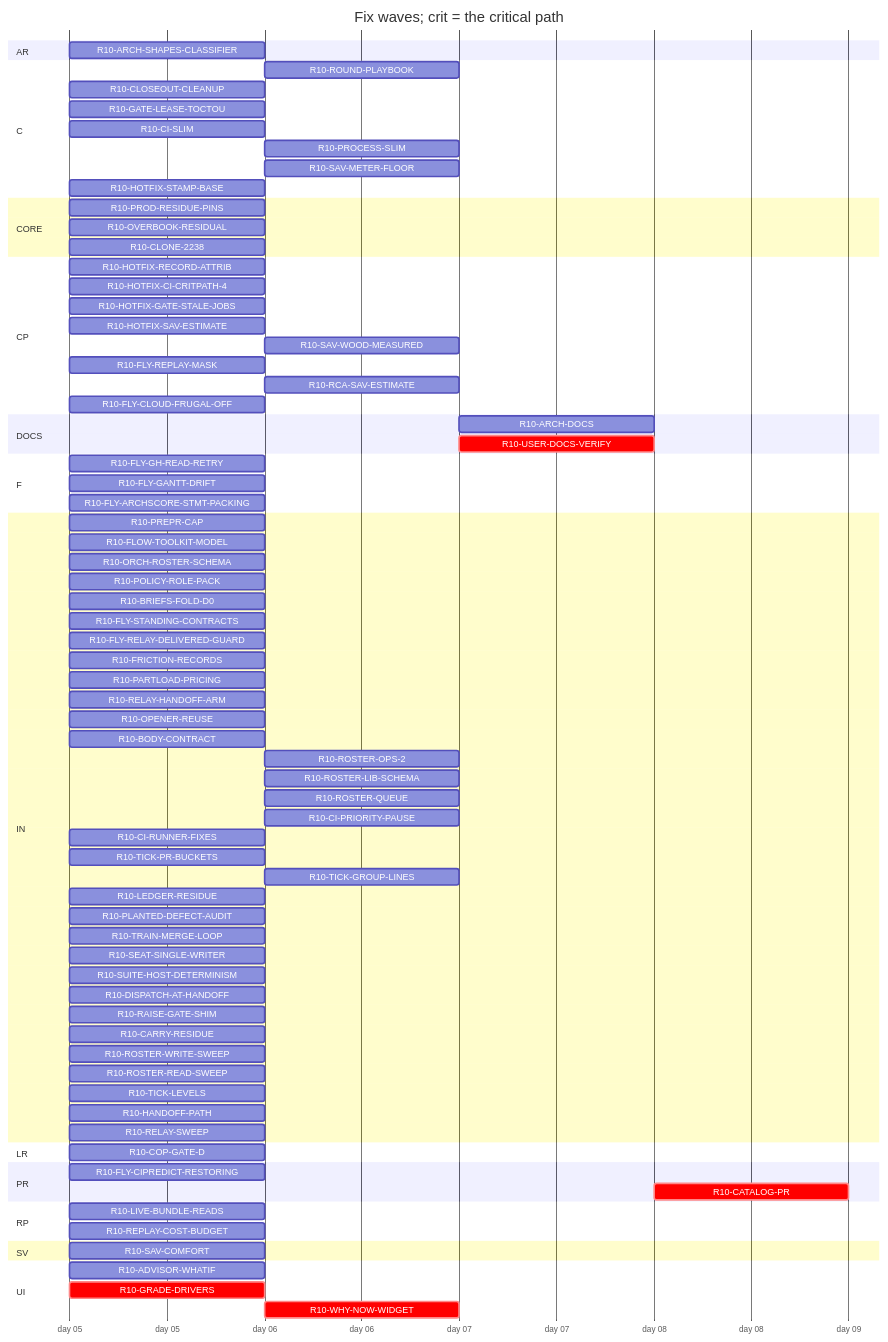
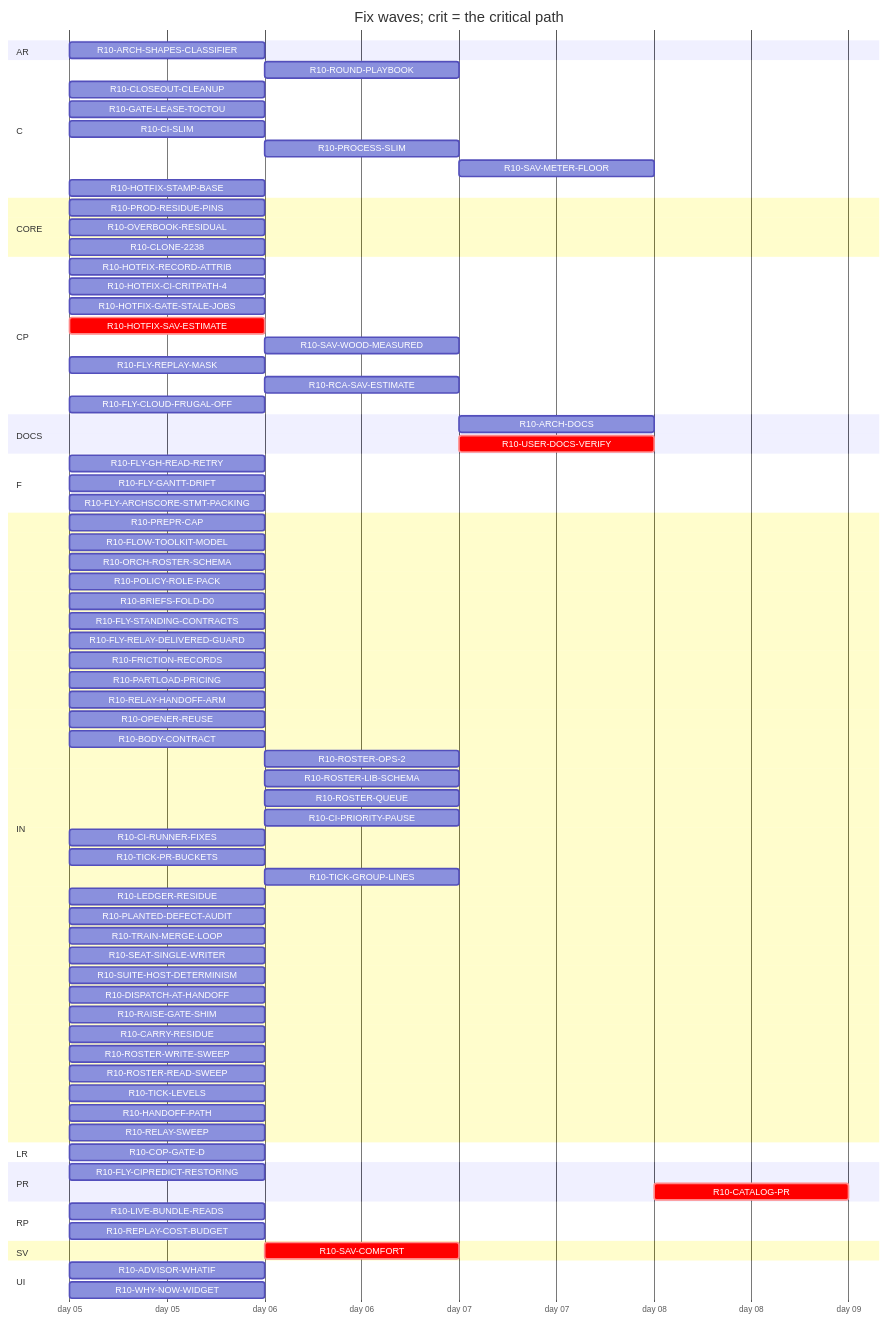
One commit to tvofi/heatpump_optimizer changed the diagram in handoff/round10/state/PLAN-TABLE.md. Above: the diagram before and after it, drawn with Mermaid. The commit also changed other lines of this file and 4 other files, not shown here.

Commit message:
state: FLOW-BOARD.md, NEXT-SESSION-PROMPT.md, PLAN-TABLE.md, PLAN.html, RESUME-CURRENT.md regenerated (state_docs.py)

````diff
--- a/handoff/round10/state/PLAN-TABLE.md
+++ b/handoff/round10/state/PLAN-TABLE.md
@@ -35,7 +35,7 @@
     R10-GATE-LEASE-TOCTOU :r10GATELEASETOCTOU, 2026-01-05, 1d
     R10-CI-SLIM :r10CISLIM, 2026-01-05, 1d
     R10-PROCESS-SLIM :r10PROCESSSLIM, after r10CISLIM, 1d
-    R10-SAV-METER-FLOOR :r10SAVMETERFLOOR, after r10HOTFIXSAVESTIMATE r10SAVCOMFORT r10GRADEDRIVERS, 1d
+    R10-SAV-METER-FLOOR :r10SAVMETERFLOOR, after r10HOTFIXSAVESTIMATE r10SAVCOMFORT, 1d
     R10-HOTFIX-STAMP-BASE :r10HOTFIXSTAMPBASE, 2026-01-05, 1d
   section CORE
     R10-PROD-RESIDUE-PINS :r10PRODRESIDUEPINS, 2026-01-05, 1d
@@ -45,14 +45,14 @@
     R10-HOTFIX-RECORD-ATTRIB :r10HOTFIXRECORDATTRIB, 2026-01-05, 1d
     R10-HOTFIX-CI-CRITPATH-4 :r10HOTFIXCICRITPATH4, 2026-01-05, 1d
     R10-HOTFIX-GATE-STALE-JOBS :r10HOTFIXGATESTALEJOBS, 2026-01-05, 1d
-    R10-HOTFIX-SAV-ESTIMATE :r10HOTFIXSAVESTIMATE, 2026-01-05, 1d
+    R10-HOTFIX-SAV-ESTIMATE :crit, r10HOTFIXSAVESTIMATE, 2026-01-05, 1d
     R10-SAV-WOOD-MEASURED :r10SAVWOODMEASURED, after r10HOTFIXSAVESTIMATE, 1d
     R10-FLY-REPLAY-MASK :r10FLYREPLAYMASK, 2026-01-05, 1d
     R10-RCA-SAV-ESTIMATE :r10RCASAVESTIMATE, after r10HOTFIXSAVESTIMATE, 1d
     R10-FLY-CLOUD-FRUGAL-OFF :r10FLYCLOUDFRUGALOFF, 2026-01-05, 1d
   section DOCS
-    R10-ARCH-DOCS :r10ARCHDOCS, after r10CARRYRESIDUE r10OVERBOOKRESIDUAL r10CLONE2238 r10SAVCOMFORT r10COPGATED r10GRADEDRIVERS r10WHYNOWWIDGET r10PARTLOADPRICING r10ARCHSHAPESCLASSIFIER r10ADVISORWHATIF r10PRODRESIDUEPINS r10LIVEBUNDLEREADS r10REPLAYCOSTBUDGET r10PREPRCAP r10HANDOFFPATH r10RELAYSWEEP r10TRAINMERGELOOP r10DISPATCHATHANDOFF r10BODYCONTRACT r10TICKLEVELS r10CIPRIORITYPAUSE r10ROSTERWRITESWEEP r10ROSTERREADSWEEP r10FLYSTANDINGCONTRACTS r10POLICYROLEPACK r10FRICTIONRECORDS r10FLOWTOOLKITMODEL r10LEDGERRESIDUE r10CIRUNNERFIXES r10FLYCIPREDICTRESTORING r10RAISEGATESHIM r10PLANTEDDEFECTAUDIT r10FLYGHREADRETRY r10SUITEHOSTDETERMINISM, 1d
-    R10-USER-DOCS-VERIFY :crit, r10USERDOCSVERIFY, after r10CARRYRESIDUE r10OVERBOOKRESIDUAL r10CLONE2238 r10SAVCOMFORT r10COPGATED r10GRADEDRIVERS r10WHYNOWWIDGET r10PARTLOADPRICING r10ARCHSHAPESCLASSIFIER r10ADVISORWHATIF r10PRODRESIDUEPINS r10LIVEBUNDLEREADS r10REPLAYCOSTBUDGET, 1d
+    R10-ARCH-DOCS :r10ARCHDOCS, after r10CARRYRESIDUE r10OVERBOOKRESIDUAL r10CLONE2238 r10SAVCOMFORT r10COPGATED r10WHYNOWWIDGET r10PARTLOADPRICING r10ARCHSHAPESCLASSIFIER r10ADVISORWHATIF r10PRODRESIDUEPINS r10LIVEBUNDLEREADS r10REPLAYCOSTBUDGET r10PREPRCAP r10HANDOFFPATH r10RELAYSWEEP r10TRAINMERGELOOP r10DISPATCHATHANDOFF r10BODYCONTRACT r10TICKLEVELS r10CIPRIORITYPAUSE r10ROSTERWRITESWEEP r10ROSTERREADSWEEP r10FLYSTANDINGCONTRACTS r10POLICYROLEPACK r10FRICTIONRECORDS r10FLOWTOOLKITMODEL r10LEDGERRESIDUE r10CIRUNNERFIXES r10FLYCIPREDICTRESTORING r10RAISEGATESHIM r10PLANTEDDEFECTAUDIT r10FLYGHREADRETRY r10SUITEHOSTDETERMINISM, 1d
+    R10-USER-DOCS-VERIFY :crit, r10USERDOCSVERIFY, after r10CARRYRESIDUE r10OVERBOOKRESIDUAL r10CLONE2238 r10SAVCOMFORT r10COPGATED r10WHYNOWWIDGET r10PARTLOADPRICING r10ARCHSHAPESCLASSIFIER r10ADVISORWHATIF r10PRODRESIDUEPINS r10LIVEBUNDLEREADS r10REPLAYCOSTBUDGET, 1d
   section F
     R10-FLY-GH-READ-RETRY :r10FLYGHREADRETRY, 2026-01-05, 1d
     R10-FLY-GANTT-DRIFT :r10FLYGANTTDRIFT, 2026-01-05, 1d
@@ -99,9 +99,8 @@
     R10-LIVE-BUNDLE-READS :r10LIVEBUNDLEREADS, 2026-01-05, 1d
     R10-REPLAY-COST-BUDGET :r10REPLAYCOSTBUDGET, 2026-01-05, 1d
   section SV
-    R10-SAV-COMFORT :r10SAVCOMFORT, 2026-01-05, 1d
+    R10-SAV-COMFORT :crit, r10SAVCOMFORT, after r10HOTFIXSAVESTIMATE, 1d
   section UI
     R10-ADVISOR-WHATIF :r10ADVISORWHATIF, 2026-01-05, 1d
-    R10-GRADE-DRIVERS :crit, r10GRADEDRIVERS, 2026-01-05, 1d
-    R10-WHY-NOW-WIDGET :crit, r10WHYNOWWIDGET, after r10GRADEDRIVERS, 1d
+    R10-WHY-NOW-WIDGET :r10WHYNOWWIDGET, 2026-01-05, 1d
 ```
````
